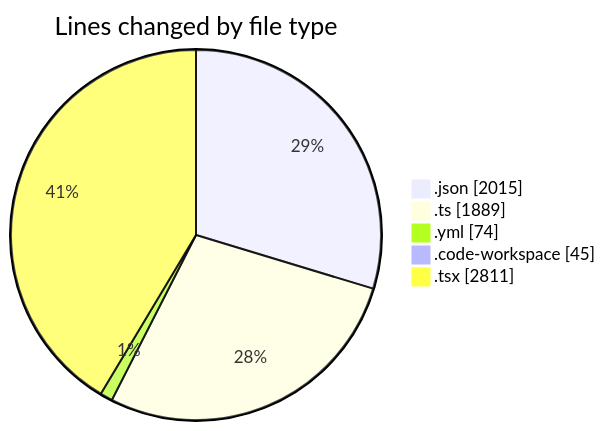
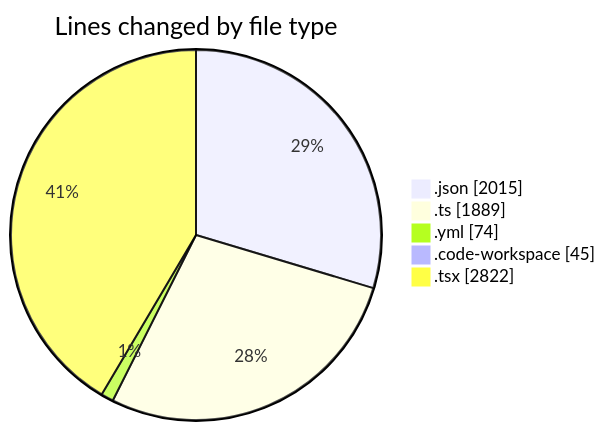
Before and after one commit to julien-gomy/code-tracking: the first of 2 diagrams in 2025-11-25/eventscop-frontend-guide__workspace_/README.md, drawn with Mermaid. The commit also changed other lines of this file and 1 other file, not shown here.

````diff
--- a/2025-11-25/eventscop-frontend-guide__workspace_/README.md
+++ b/2025-11-25/eventscop-frontend-guide__workspace_/README.md
@@ -45,9 +45,9 @@
 ```mermaid
 pie showData
 title Lines changed by file type
 ".json" : 2015
 ".ts" : 1889
 ".yml" : 74
 ".code-workspace" : 45
-".tsx" : 2811
+".tsx" : 2822
 ```
````
